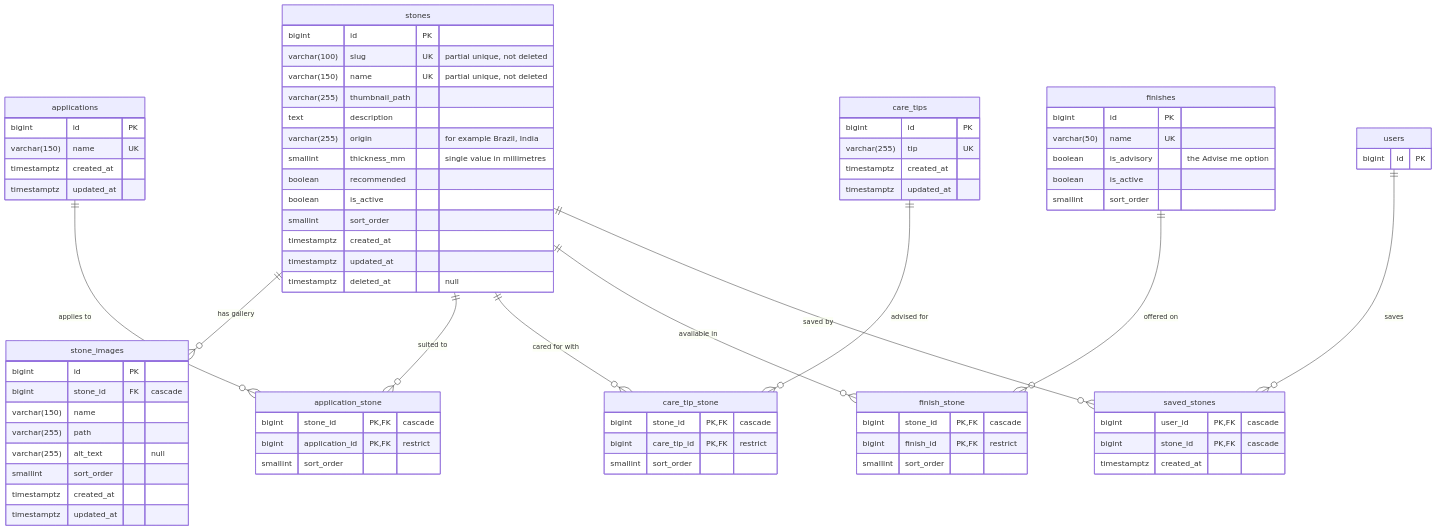
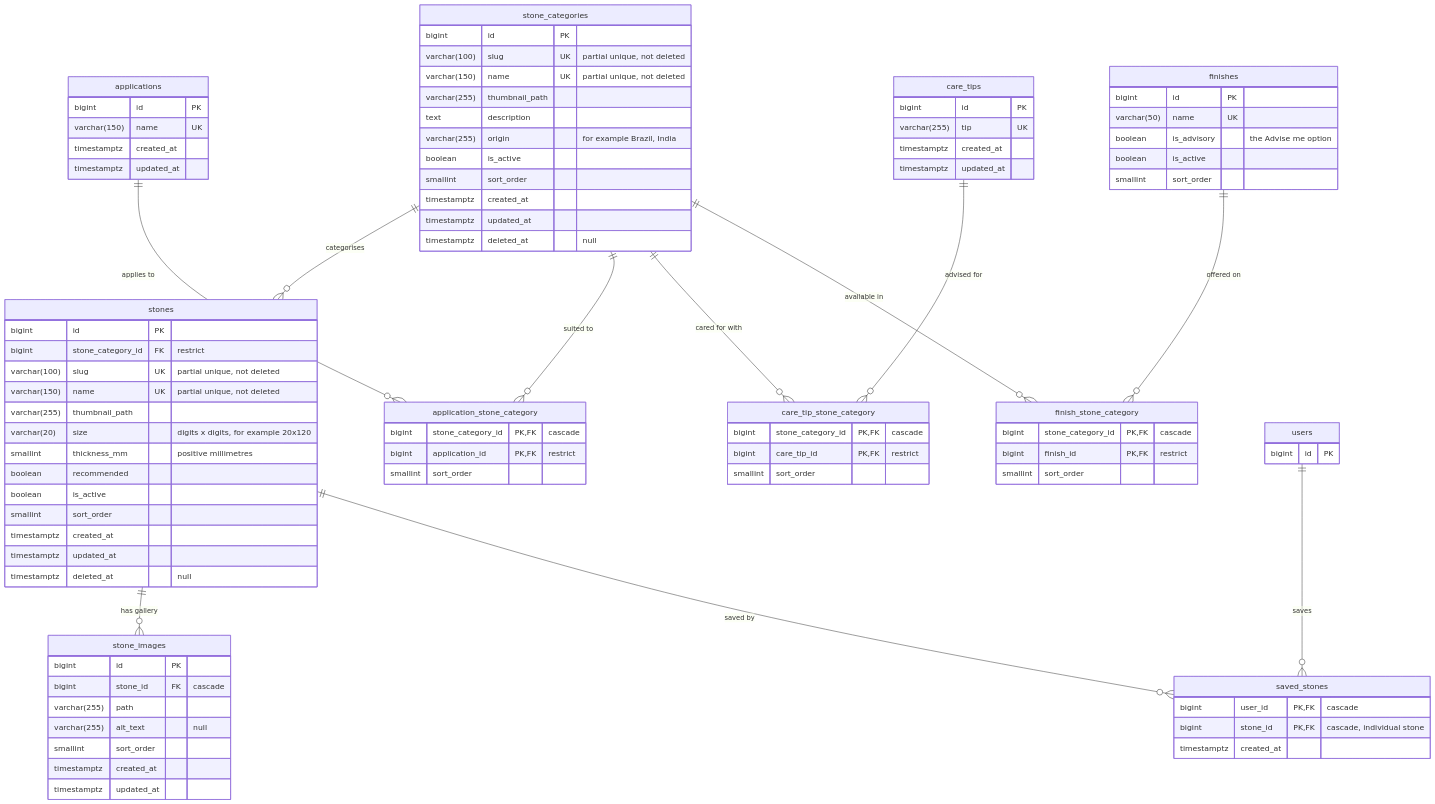
The second of 5 diagrams in docs/database/regray-erd.md (regraystone/regray), drawn with Mermaid before and after one commit. The commit also changed other lines of this file and 66 other files, not shown here.

Commit message:
feat(home): stone-based feed and routes with category/size/thickness filters, skeleton loader, and end-of-list toast

````diff
--- a/docs/database/regray-erd.md
+++ b/docs/database/regray-erd.md
@@ -133,13 +135,26 @@
 ```mermaid
 erDiagram
-    stones {
+    stone_categories {
         bigint id PK
         varchar(100) slug UK "partial unique, not deleted"
         varchar(150) name UK "partial unique, not deleted"
         varchar(255) thumbnail_path
         text description
         varchar(255) origin "for example Brazil, India"
-        smallint thickness_mm "single value in millimetres"
+        boolean is_active
+        smallint sort_order
+        timestamptz created_at
+        timestamptz updated_at
+        timestamptz deleted_at "null"
+    }
+    stones {
+        bigint id PK
+        bigint stone_category_id FK "restrict"
+        varchar(100) slug UK "partial unique, not deleted"
+        varchar(150) name UK "partial unique, not deleted"
+        varchar(255) thumbnail_path
+        varchar(20) size "digits x digits, for example 20x120"
+        smallint thickness_mm "positive millimetres"
         boolean recommended
         boolean is_active
         smallint sort_order
@@ -150,7 +165,6 @@
     stone_images {
         bigint id PK
         bigint stone_id FK "cascade"
-        varchar(150) name
         varchar(255) path
         varchar(255) alt_text "null"
         smallint sort_order
@@ -163,8 +177,8 @@
         timestamptz created_at
         timestamptz updated_at
     }
-    application_stone {
-        bigint stone_id PK, FK "cascade"
+    application_stone_category {
+        bigint stone_category_id PK, FK "cascade"
         bigint application_id PK, FK "restrict"
         smallint sort_order
     }
@@ -174,8 +188,8 @@
         timestamptz created_at
         timestamptz updated_at
     }
-    care_tip_stone {
-        bigint stone_id PK, FK "cascade"
+    care_tip_stone_category {
+        bigint stone_category_id PK, FK "cascade"
         bigint care_tip_id PK, FK "restrict"
         smallint sort_order
     }
@@ -186,27 +200,28 @@
         boolean is_active
         smallint sort_order
     }
-    finish_stone {
-        bigint stone_id PK, FK "cascade"
+    finish_stone_category {
+        bigint stone_category_id PK, FK "cascade"
         bigint finish_id PK, FK "restrict"
         smallint sort_order
     }
     saved_stones {
         bigint user_id PK, FK "cascade"
-        bigint stone_id PK, FK "cascade"
+        bigint stone_id PK, FK "cascade, individual stone"
         timestamptz created_at
     }
     users {
         bigint id PK
     }
 
+    stone_categories ||--o{ stones : "categorises"
     stones ||--o{ stone_images : "has gallery"
-    stones ||--o{ application_stone : "suited to"
-    applications ||--o{ application_stone : "applies to"
-    stones ||--o{ care_tip_stone : "cared for with"
-    care_tips ||--o{ care_tip_stone : "advised for"
-    stones ||--o{ finish_stone : "available in"
-    finishes ||--o{ finish_stone : "offered on"
+    stone_categories ||--o{ application_stone_category : "suited to"
+    applications ||--o{ application_stone_category : "applies to"
+    stone_categories ||--o{ care_tip_stone_category : "cared for with"
+    care_tips ||--o{ care_tip_stone_category : "advised for"
+    stone_categories ||--o{ finish_stone_category : "available in"
+    finishes ||--o{ finish_stone_category : "offered on"
     users ||--o{ saved_stones : "saves"
     stones ||--o{ saved_stones : "saved by"
 ```
````
